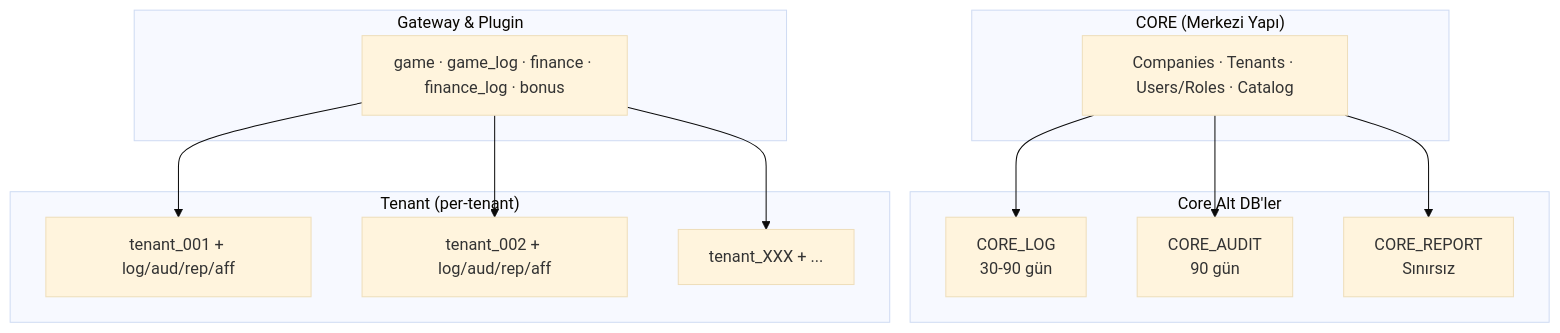
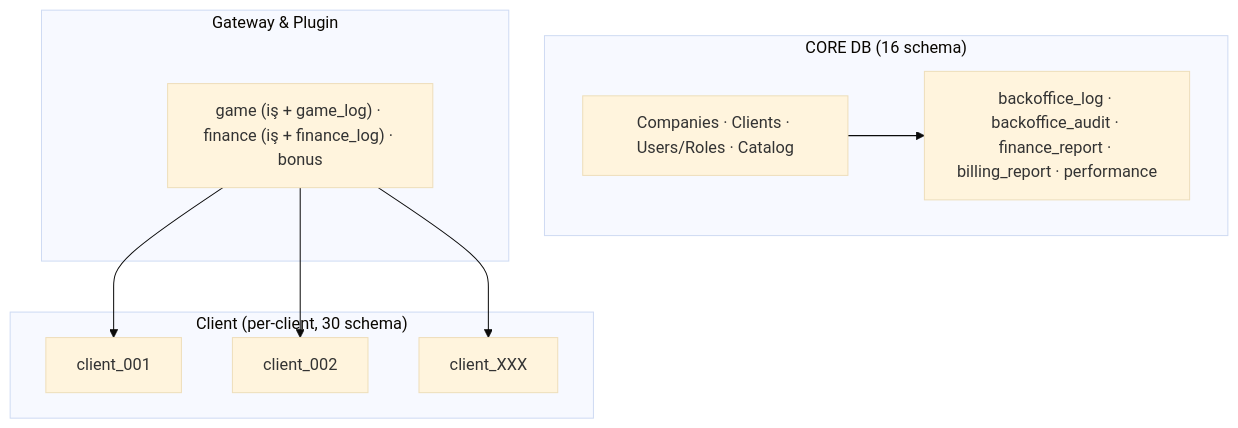
Before and after one commit to frhtshn/One.DB: the second of 5 diagrams in .docs/reference/PROJECT_OVERVIEW.md, drawn with Mermaid (base theme). The commit also changed other lines of this file and 442 other files, not shown here.

First line of the commit message:
Nucleo → Sortis One ve tenant → client içerik güncellemeleri

````diff
--- a/.docs/reference/PROJECT_OVERVIEW.md
+++ b/.docs/reference/PROJECT_OVERVIEW.md
@@ -77,25 +77,19 @@
 ```mermaid
 flowchart TD
-    subgraph core["CORE (Merkezi Yapı)"]
-        C["Companies · Tenants · Users/Roles · Catalog"]
-    end
-    subgraph core_subs["Core Alt DB'ler"]
-        CL["CORE_LOG<br/>30-90 gün"]
-        CA["CORE_AUDIT<br/>90 gün"]
-        CR["CORE_REPORT<br/>Sınırsız"]
+    subgraph core["CORE DB (16 schema)"]
+        C["Companies · Clients · Users/Roles · Catalog"]
+        CS["backoffice_log · backoffice_audit · finance_report · billing_report · performance"]
     end
     subgraph gw["Gateway & Plugin"]
-        GW["game · game_log · finance · finance_log · bonus"]
+        GW["game (iş + game_log) · finance (iş + finance_log) · bonus"]
     end
-    subgraph tenants["Tenant (per-tenant)"]
-        T1["tenant_001 + log/aud/rep/aff"]
-        T2["tenant_002 + log/aud/rep/aff"]
-        TX["tenant_XXX + ..."]
+    subgraph clients["Client (per-client, 30 schema)"]
+        T1["client_001"]
+        T2["client_002"]
+        TX["client_XXX"]
     end
-    C --> CL
-    C --> CA
-    C --> CR
+    C --> CS
     GW --> T1
     GW --> T2
     GW --> TX
 ```
````
